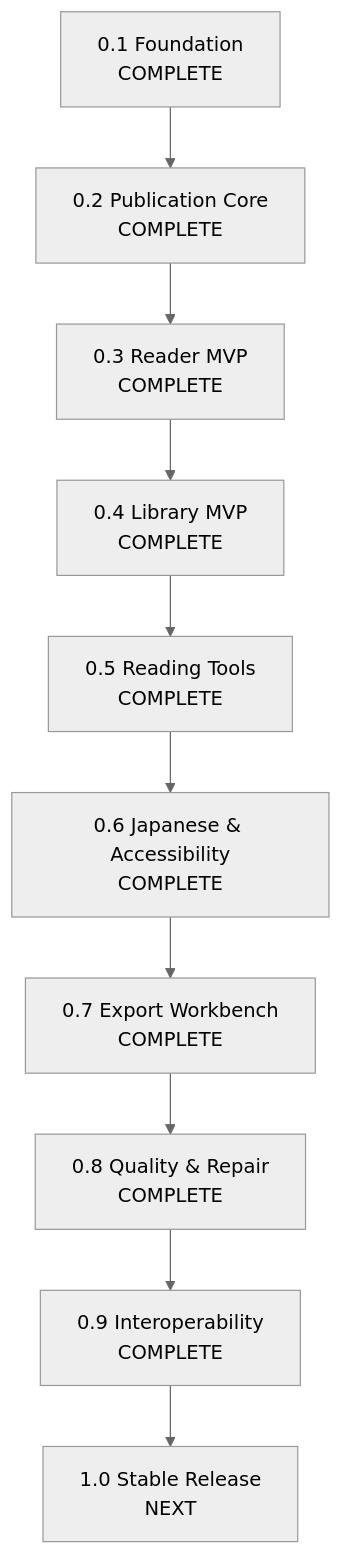
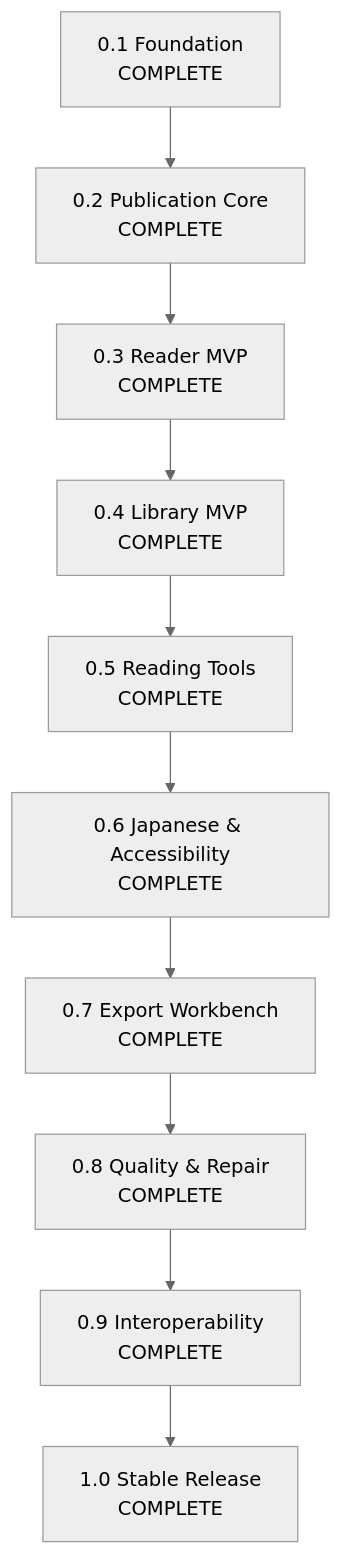
One commit to bosatsu25/ReflowPress changed the diagram in docs/roadmap.md. Above: the diagram before and after it, drawn with Mermaid (neutral theme). The commit also changed other lines of this file and 4 other files, not shown here.

Commit message:
docs(release): synchronize documentation, user guide, troubleshooting, and architecture (Wave 10)

````diff
--- a/docs/roadmap.md
+++ b/docs/roadmap.md
@@ -14,12 +14,12 @@
 ```mermaid
 flowchart TD
     M01[0.1 Foundation<br/>COMPLETE] --> M02[0.2 Publication Core<br/>COMPLETE]
     M02 --> M03[0.3 Reader MVP<br/>COMPLETE]
     M03 --> M04[0.4 Library MVP<br/>COMPLETE]
     M04 --> M05[0.5 Reading Tools<br/>COMPLETE]
     M05 --> M06[0.6 Japanese & Accessibility<br/>COMPLETE]
     M06 --> M07[0.7 Export Workbench<br/>COMPLETE]
     M07 --> M08[0.8 Quality & Repair<br/>COMPLETE]
     M08 --> M09[0.9 Interoperability<br/>COMPLETE]
-    M09 --> M10[1.0 Stable Release<br/>NEXT]
+    M09 --> M10[1.0 Stable Release<br/>COMPLETE]
 ```
````
